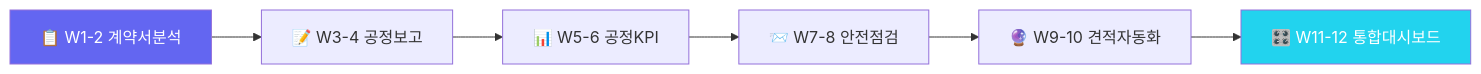
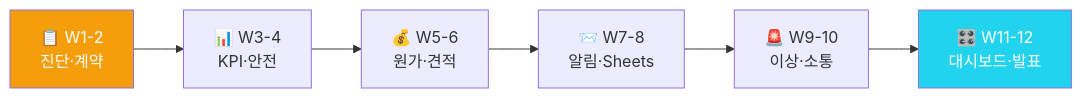
Before and after one commit to Reasonofmoon/hexa-5: the diagram in README.md, drawn with Mermaid. The commit also changed other lines of this file, not shown here.

````diff
--- a/README.md
+++ b/README.md
@@ -37,11 +35,8 @@
 ```mermaid
 graph LR
-    A[📋 W1-2 계약서분석] --> B[📝 W3-4 공정보고]
-    B --> C[📊 W5-6 공정KPI]
-    C --> D[📨 W7-8 안전점검]
-    D --> E[🔮 W9-10 견적자동화]
-    E --> F[🎛️ W11-12 통합대시보드]
-    
-    style A fill:#6366f1,color:#fff
+    A[📋 W1-2<br>진단·계약] --> B[📊 W3-4<br>KPI·안전]
+    B --> C[💰 W5-6<br>원가·견적] --> D[📨 W7-8<br>알림·Sheets]
+    D --> E[🚨 W9-10<br>이상·소통] --> F[🎛️ W11-12<br>대시보드·발표]
+    style A fill:#f59e0b,color:#fff
     style F fill:#22d3ee,color:#fff
 ```
````
